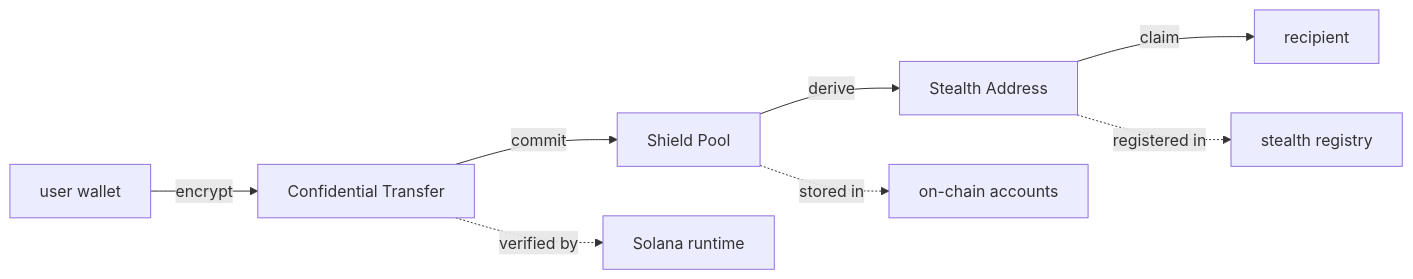
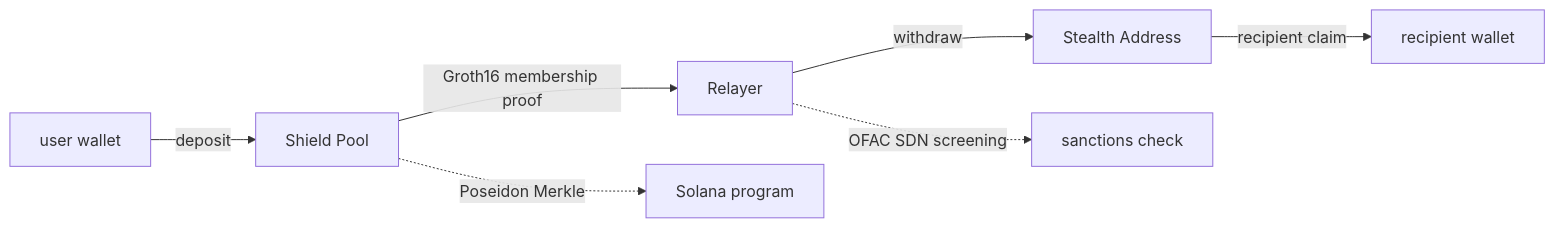
The diagram in README.md (Kirite-dev/KIRITE), drawn with Mermaid before and after one commit. The commit also changed other lines of this file and 1 other file, not shown here.

````diff
--- a/README.md
+++ b/README.md
@@ -39,11 +28,10 @@
 ```mermaid
 flowchart LR
-    user[user wallet] -->|encrypt| ct[Confidential Transfer]
-    ct -->|commit| sp[Shield Pool]
-    sp -->|derive| sa[Stealth Address]
-    sa -->|claim| recipient[recipient]
+    user[user wallet] -->|deposit| sp[Shield Pool]
+    sp -->|Groth16 membership proof| relayer[Relayer]
+    relayer -->|withdraw| sa[Stealth Address]
+    sa -->|recipient claim| recipient[recipient wallet]
 
-    ct -.->|verified by| runtime[Solana runtime]
-    sp -.->|stored in| accounts[on-chain accounts]
-    sa -.->|registered in| registry[stealth registry]
+    sp -.->|Poseidon Merkle| onchain[Solana program]
+    relayer -.->|OFAC SDN screening| screening[sanctions check]
 ```
````
